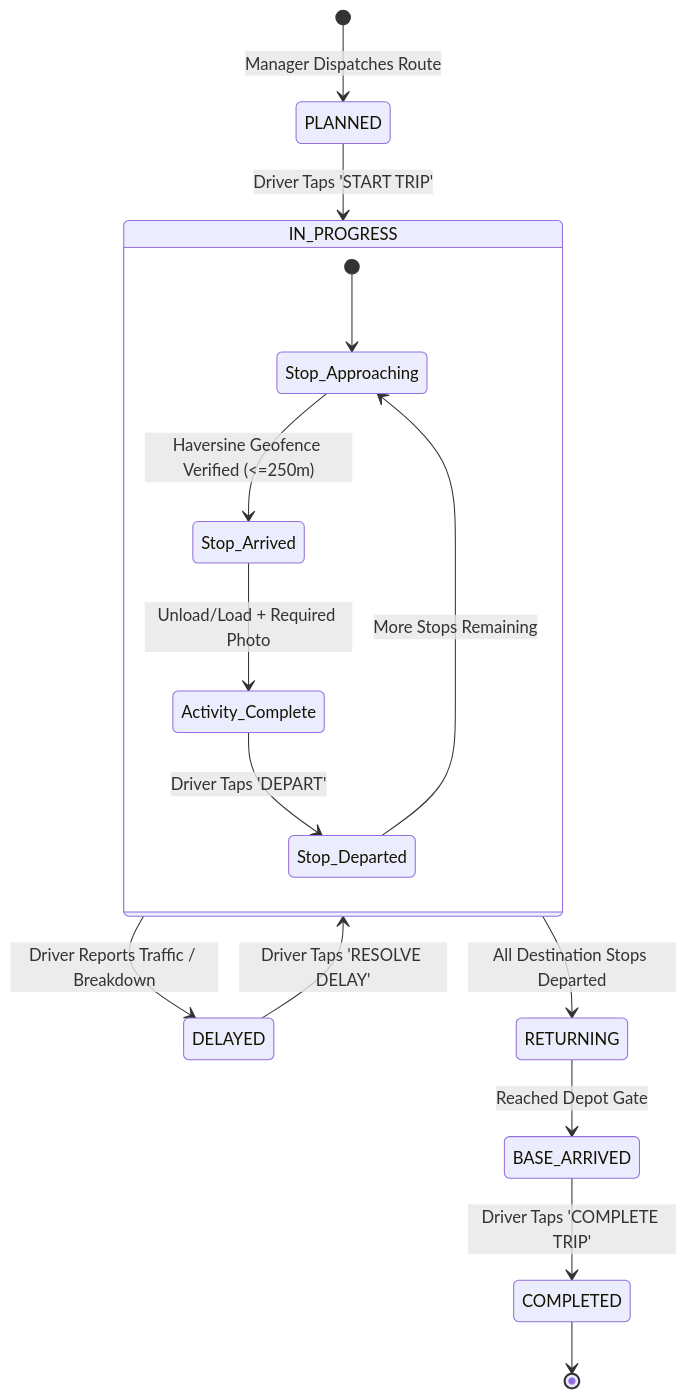
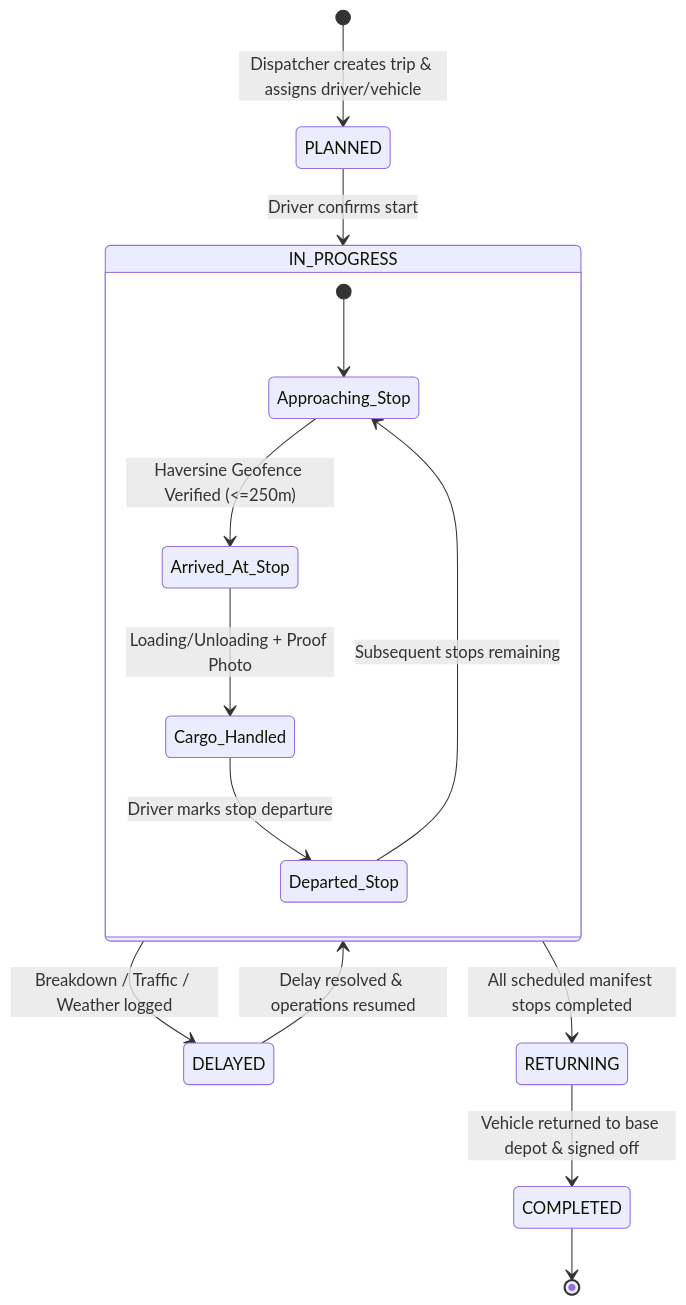
Before and after one commit to Nixxzzzzz/truck_tracker: the second of 2 diagrams in README.md, drawn with Mermaid. The commit also changed other lines of this file and 27 other files, not shown here.

````diff
--- a/README.md
+++ b/README.md
@@ -84,21 +67,20 @@
 ```mermaid
 stateDiagram-v2
-    [*] --> PLANNED : Manager Dispatches Route
-    PLANNED --> IN_PROGRESS : Driver Taps 'START TRIP'
+    [*] --> PLANNED : Dispatcher creates trip & assigns driver/vehicle
+    PLANNED --> IN_PROGRESS : Driver confirms start
     
     state IN_PROGRESS {
-        [*] --> Stop_Approaching
-        Stop_Approaching --> Stop_Arrived : Haversine Geofence Verified (<=250m)
-        Stop_Arrived --> Activity_Complete : Unload/Load + Required Photo
-        Activity_Complete --> Stop_Departed : Driver Taps 'DEPART'
-        Stop_Departed --> Stop_Approaching : More Stops Remaining
+        [*] --> Approaching_Stop
+        Approaching_Stop --> Arrived_At_Stop : Haversine Geofence Verified (<=250m)
+        Arrived_At_Stop --> Cargo_Handled : Loading/Unloading + Proof Photo
+        Cargo_Handled --> Departed_Stop : Driver marks stop departure
+        Departed_Stop --> Approaching_Stop : Subsequent stops remaining
     }
     
-    IN_PROGRESS --> DELAYED : Driver Reports Traffic / Breakdown
-    DELAYED --> IN_PROGRESS : Driver Taps 'RESOLVE DELAY'
+    IN_PROGRESS --> DELAYED : Breakdown / Traffic / Weather logged
+    DELAYED --> IN_PROGRESS : Delay resolved & operations resumed
     
-    IN_PROGRESS --> RETURNING : All Destination Stops Departed
-    RETURNING --> BASE_ARRIVED : Reached Depot Gate
-    BASE_ARRIVED --> COMPLETED : Driver Taps 'COMPLETE TRIP'
+    IN_PROGRESS --> RETURNING : All scheduled manifest stops completed
+    RETURNING --> COMPLETED : Vehicle returned to base depot & signed off
     COMPLETED --> [*]
 ```
````
